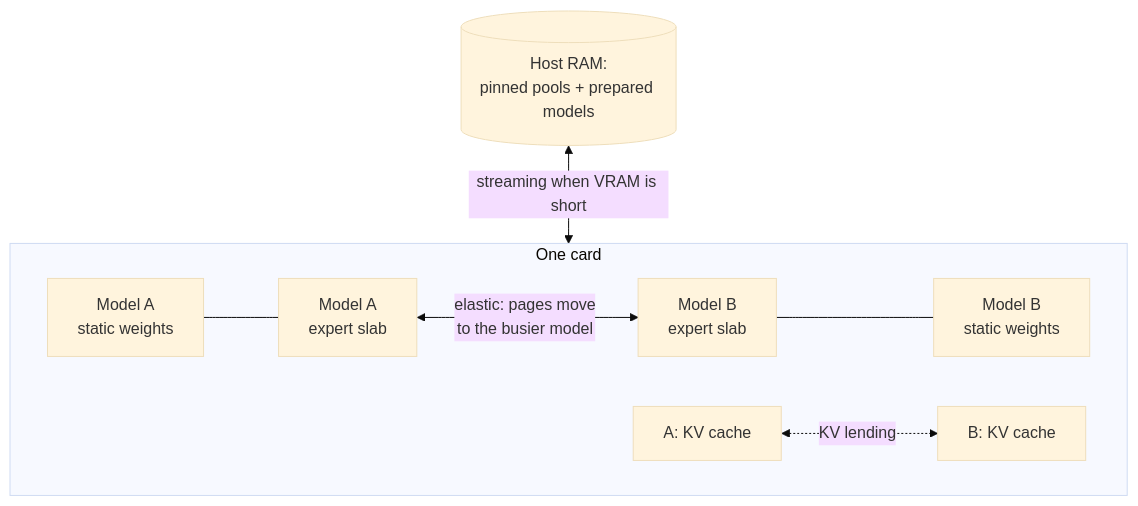
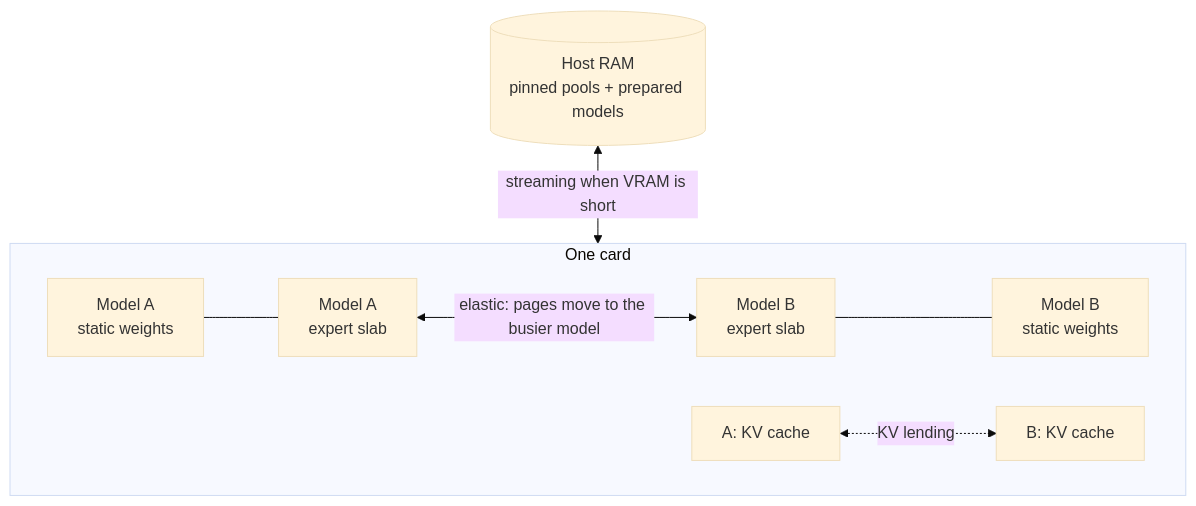
The third of 3 diagrams in README.md (Code000-211/RadianceSwap), drawn with Mermaid (base theme) before and after one commit. The commit also changed other lines of this file, not shown here.

Commit message:
README: quote mermaid labels so the diagrams render on GitHub

````diff
--- a/README.md
+++ b/README.md
@@ -63,11 +63,11 @@
 ```mermaid
 flowchart TB
-    subgraph Card [One card]
+    subgraph Card ["One card"]
         direction LR
-        S1[Model A<br/>static weights] --- E1[Model A<br/>expert slab]
-        E1 <-->|elastic: pages move<br/>to the busier model| E2[Model B<br/>expert slab]
-        E2 --- S2[Model B<br/>static weights]
-        K1[A: KV cache] <-.->|KV lending| K2[B: KV cache]
+        S1["Model A<br/>static weights"] --- E1["Model A<br/>expert slab"]
+        E1 <-->|"elastic: pages move to the busier model"| E2["Model B<br/>expert slab"]
+        E2 --- S2["Model B<br/>static weights"]
+        K1["A: KV cache"] <-.->|"KV lending"| K2["B: KV cache"]
     end
-    H[(Host RAM:<br/>pinned pools + prepared models)] <-->|streaming when VRAM is short| Card
+    H[("Host RAM<br/>pinned pools + prepared models")] <-->|"streaming when VRAM is short"| Card
 ```
````
